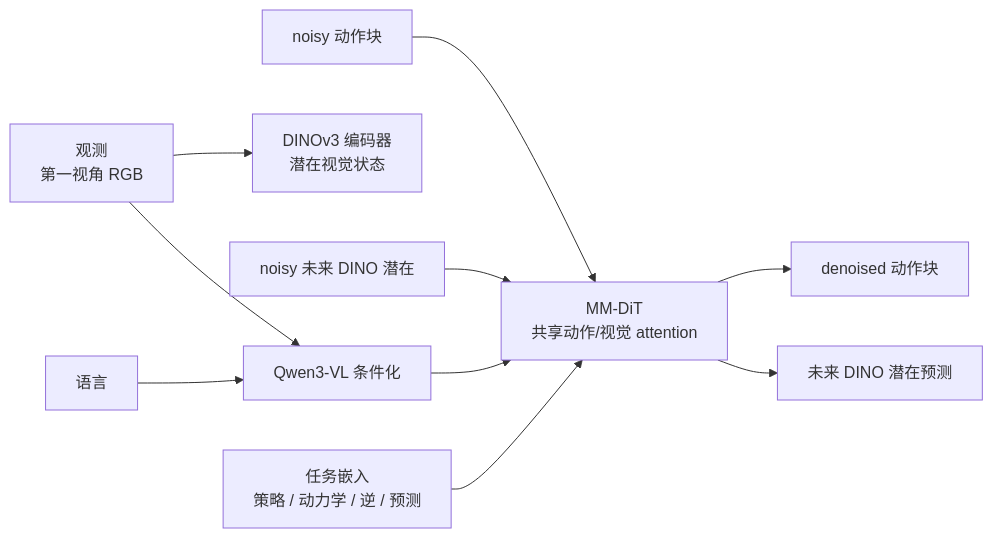
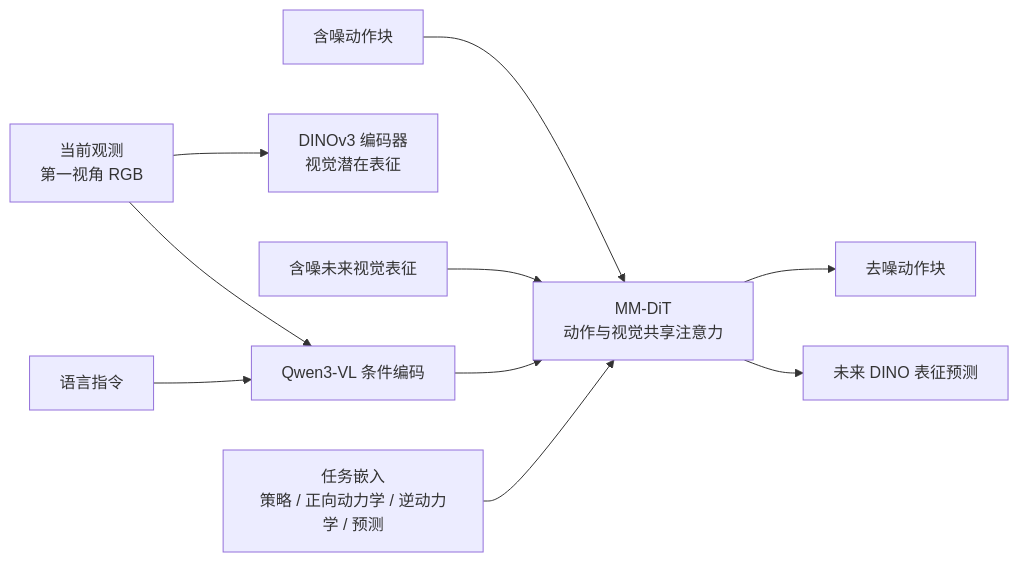
One commit to niuverse/llm-wiki changed the diagram in wiki/sources/lda-1b-scaling-latent-dynamics-action-model.md. Above: the diagram before and after it, drawn with Mermaid. The commit also changed other lines of this file and 222 other files, not shown here.

````diff
--- a/wiki/sources/lda-1b-scaling-latent-dynamics-action-model.md
+++ b/wiki/sources/lda-1b-scaling-latent-dynamics-action-model.md
@@ -86,12 +41,12 @@
 ```mermaid
 flowchart LR
-  O["观测<br/>第一视角 RGB"] --> V["Qwen3-VL 条件化"]
-  L["语言"] --> V
-  O --> D["DINOv3 编码器<br/>潜在视觉状态"]
-  A["noisy 动作块"] --> M["MM-DiT<br/>共享动作/视觉 attention"]
-  Z["noisy 未来 DINO 潜在"] --> M
+  O["当前观测<br/>第一视角 RGB"] --> V["Qwen3-VL 条件编码"]
+  L["语言指令"] --> V
+  O --> D["DINOv3 编码器<br/>视觉潜在表征"]
+  A["含噪动作块"] --> M["MM-DiT<br/>动作与视觉共享注意力"]
+  Z["含噪未来视觉表征"] --> M
   V --> M
-  T["任务嵌入<br/>策略 / 动力学 / 逆 / 预测"] --> M
-  M --> AO["denoised 动作块"]
-  M --> ZO["未来 DINO 潜在预测"]
+  T["任务嵌入<br/>策略 / 正向动力学 / 逆动力学 / 预测"] --> M
+  M --> AO["去噪动作块"]
+  M --> ZO["未来 DINO 表征预测"]
 ```
````
